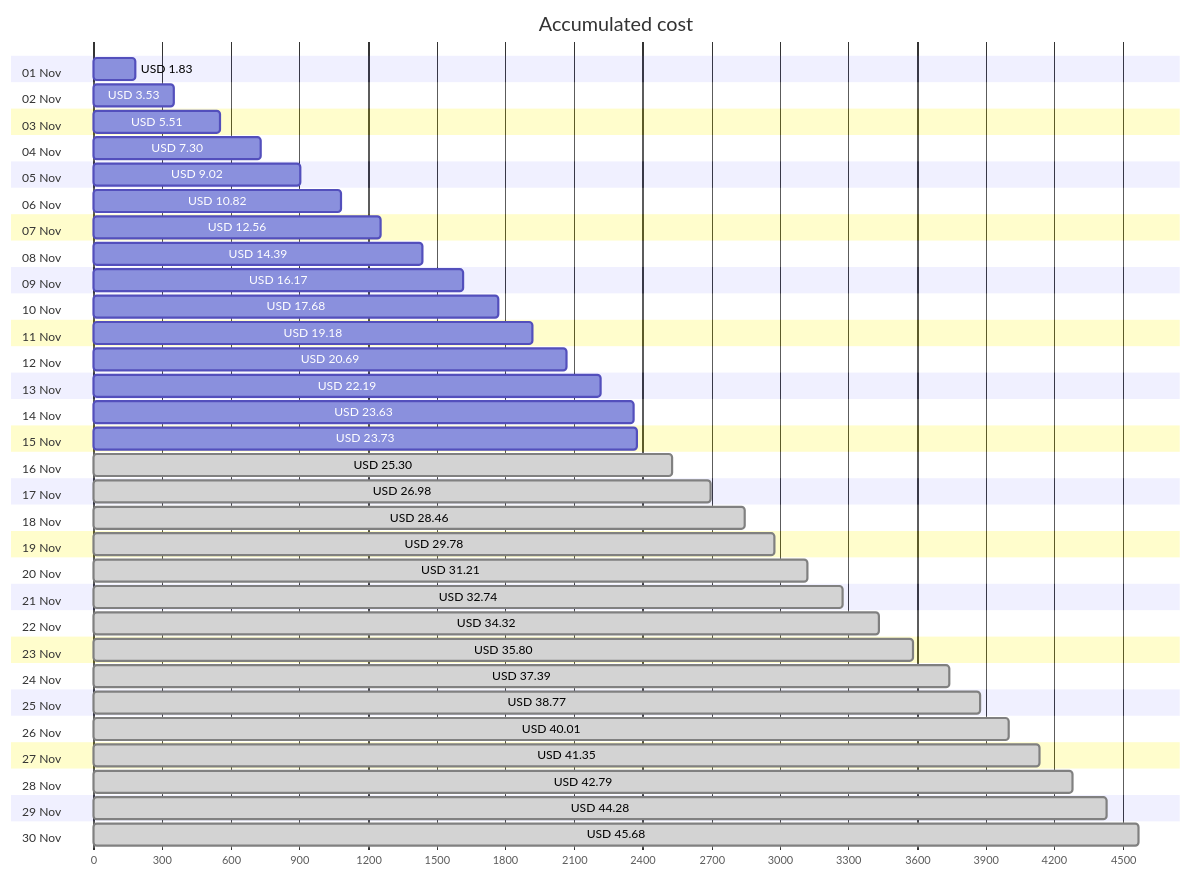
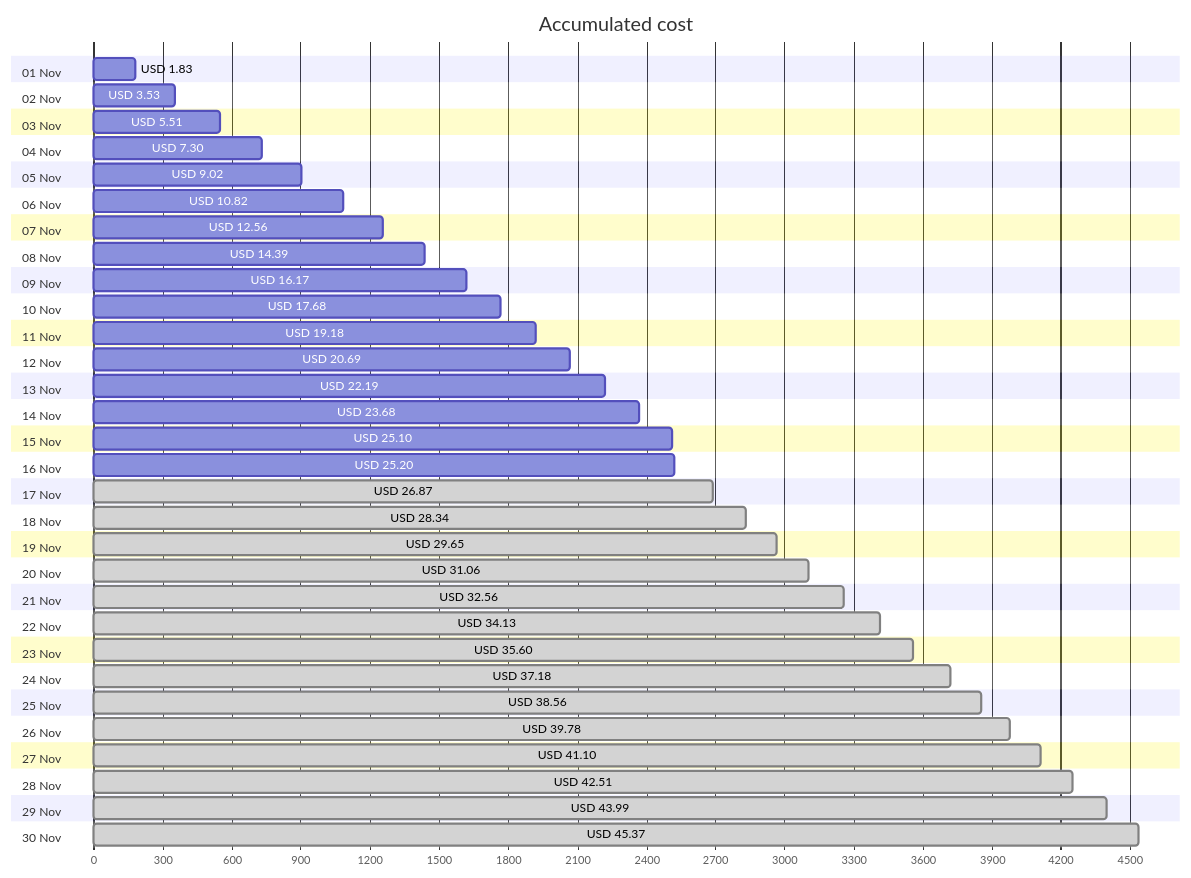
Before and after one commit to jpfulton/azure-personal-reports: the first of 4 diagrams in cost-reports/personal-network/README.md, drawn with Mermaid. The commit also changed other lines of this file and 8 other files, not shown here.

````diff
--- a/cost-reports/personal-network/README.md
+++ b/cost-reports/personal-network/README.md
@@ -20,66 +20,66 @@
 ```mermaid
 gantt
    title Accumulated cost
    dateFormat  X
    axisFormat %s
    section 01 Nov
    USD 1.83 :0, 183
    section 02 Nov
    USD 3.53 :0, 353
    section 03 Nov
    USD 5.51 :0, 551
    section 04 Nov
    USD 7.30 :0, 730
    section 05 Nov
    USD 9.02 :0, 902
    section 06 Nov
    USD 10.82 :0, 1082
    section 07 Nov
    USD 12.56 :0, 1256
    section 08 Nov
    USD 14.39 :0, 1439
    section 09 Nov
    USD 16.17 :0, 1617
    section 10 Nov
    USD 17.68 :0, 1768
    section 11 Nov
    USD 19.18 :0, 1918
    section 12 Nov
    USD 20.69 :0, 2069
    section 13 Nov
    USD 22.19 :0, 2219
    section 14 Nov
-   USD 23.63 :0, 2363
+   USD 23.68 :0, 2368
    section 15 Nov
-   USD 23.73 :0, 2373
+   USD 25.10 :0, 2510
    section 16 Nov
-   USD 25.30 : done, 0, 2530
+   USD 25.20 :0, 2520
    section 17 Nov
-   USD 26.98 : done, 0, 2698
+   USD 26.87 : done, 0, 2687
    section 18 Nov
-   USD 28.46 : done, 0, 2846
+   USD 28.34 : done, 0, 2834
    section 19 Nov
-   USD 29.78 : done, 0, 2978
+   USD 29.65 : done, 0, 2965
    section 20 Nov
-   USD 31.21 : done, 0, 3121
+   USD 31.06 : done, 0, 3106
    section 21 Nov
-   USD 32.74 : done, 0, 3274
+   USD 32.56 : done, 0, 3256
    section 22 Nov
-   USD 34.32 : done, 0, 3432
+   USD 34.13 : done, 0, 3413
    section 23 Nov
-   USD 35.80 : done, 0, 3580
+   USD 35.60 : done, 0, 3560
    section 24 Nov
-   USD 37.39 : done, 0, 3739
+   USD 37.18 : done, 0, 3718
    section 25 Nov
-   USD 38.77 : done, 0, 3877
+   USD 38.56 : done, 0, 3856
    section 26 Nov
-   USD 40.01 : done, 0, 4001
+   USD 39.78 : done, 0, 3978
    section 27 Nov
-   USD 41.35 : done, 0, 4135
+   USD 41.10 : done, 0, 4110
    section 28 Nov
-   USD 42.79 : done, 0, 4279
+   USD 42.51 : done, 0, 4251
    section 29 Nov
-   USD 44.28 : done, 0, 4428
+   USD 43.99 : done, 0, 4399
    section 30 Nov
-   USD 45.68 : done, 0, 4568
+   USD 45.37 : done, 0, 4537
 ```
````
